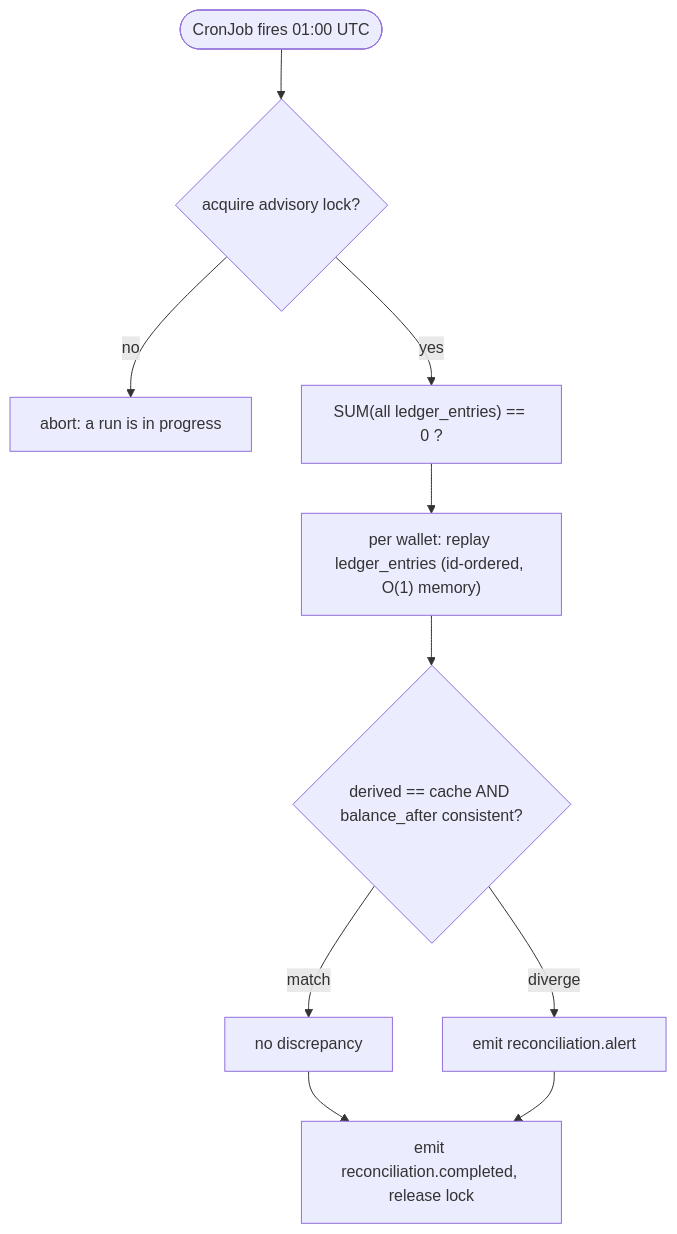
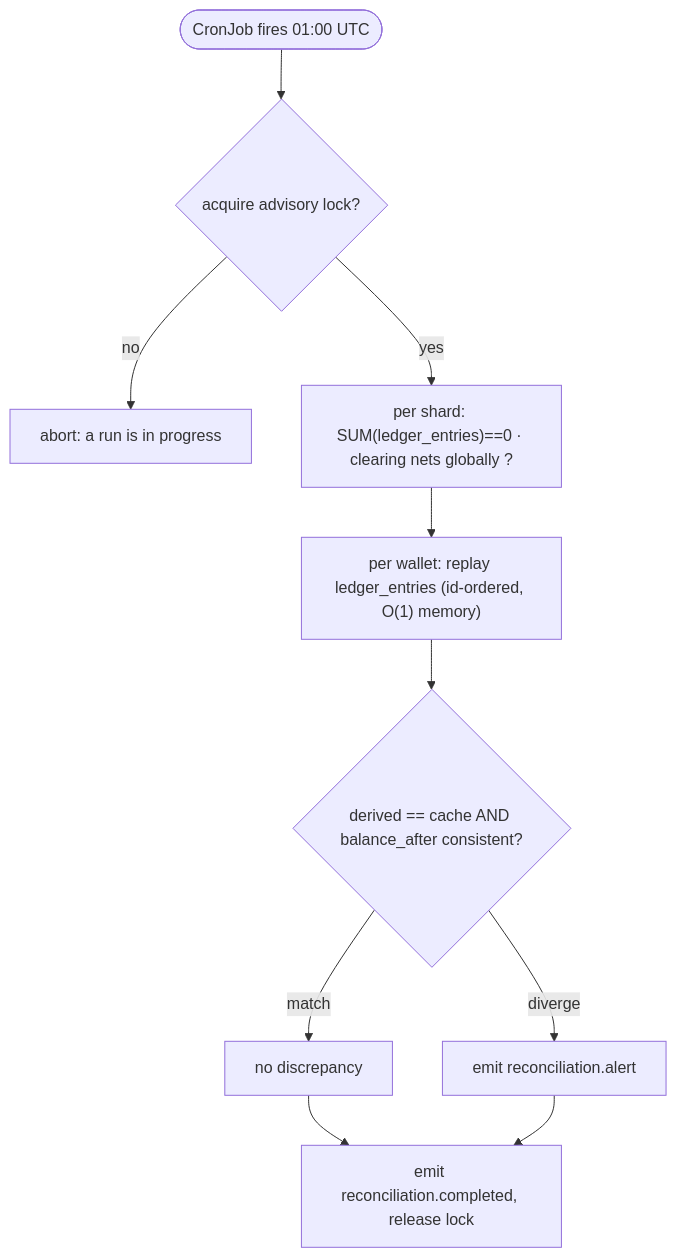
Before and after one commit to Joel-Ajayi/river-rust-queue: the diagram in docs/services/14-RECONCILIATION.md, drawn with Mermaid. The commit also changed other lines of this file and 13 other files, not shown here.

````diff
--- a/docs/services/14-RECONCILIATION.md
+++ b/docs/services/14-RECONCILIATION.md
@@ -155,12 +150,12 @@
 ```mermaid
 flowchart TD
     cron(["CronJob fires 01:00 UTC"]) --> lock{"acquire advisory lock?"}
     lock -->|no| abort["abort: a run is in progress"]
-    lock -->|yes| total["SUM(all ledger_entries) == 0 ?"]
+    lock -->|yes| total["per shard: SUM(ledger_entries)==0 · clearing nets globally ?"]
     total --> stream["per wallet: replay ledger_entries (id-ordered, O(1) memory)"]
     stream --> compare{"derived == cache AND balance_after consistent?"}
     compare -->|match| ok["no discrepancy"]
     compare -->|diverge| alert["emit reconciliation.alert"]
     ok --> done["emit reconciliation.completed, release lock"]
     alert --> done
 ```
````
